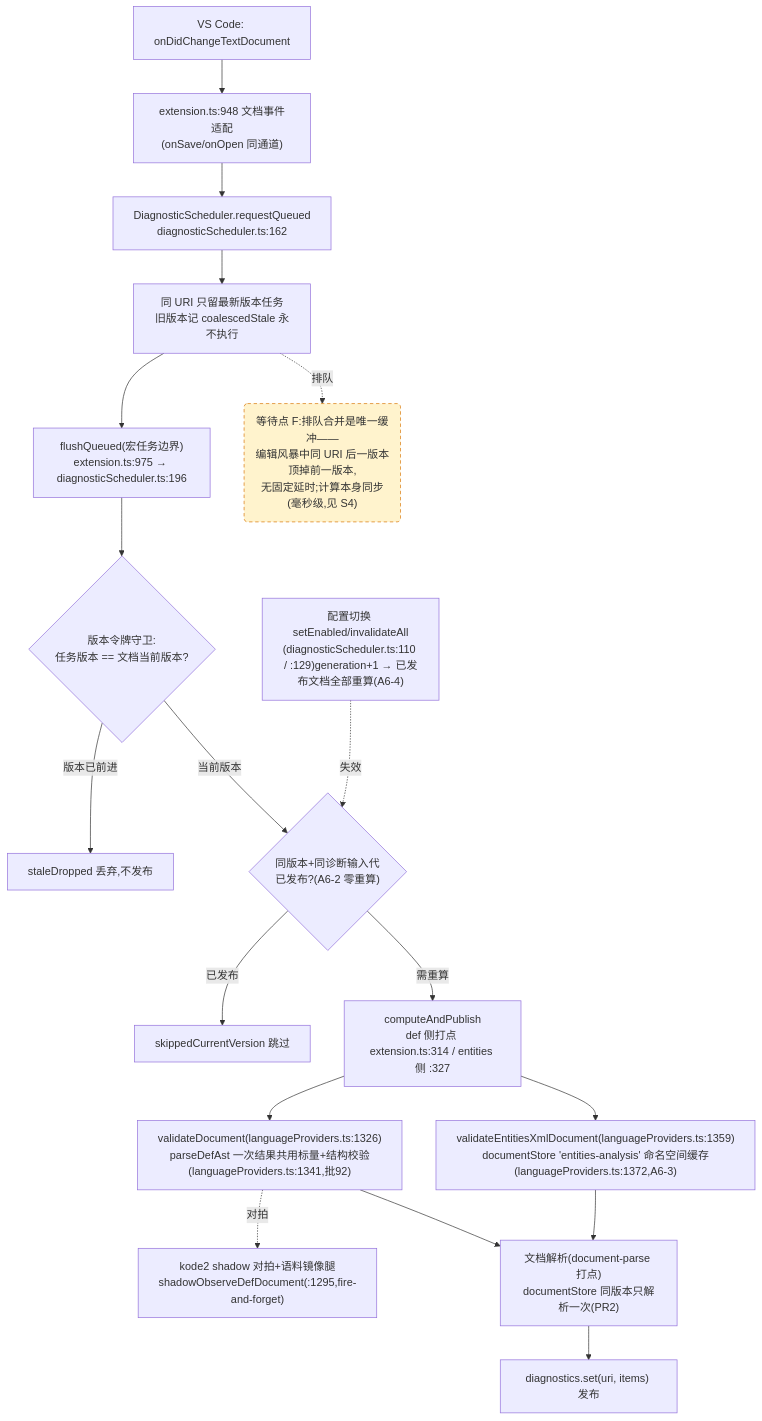
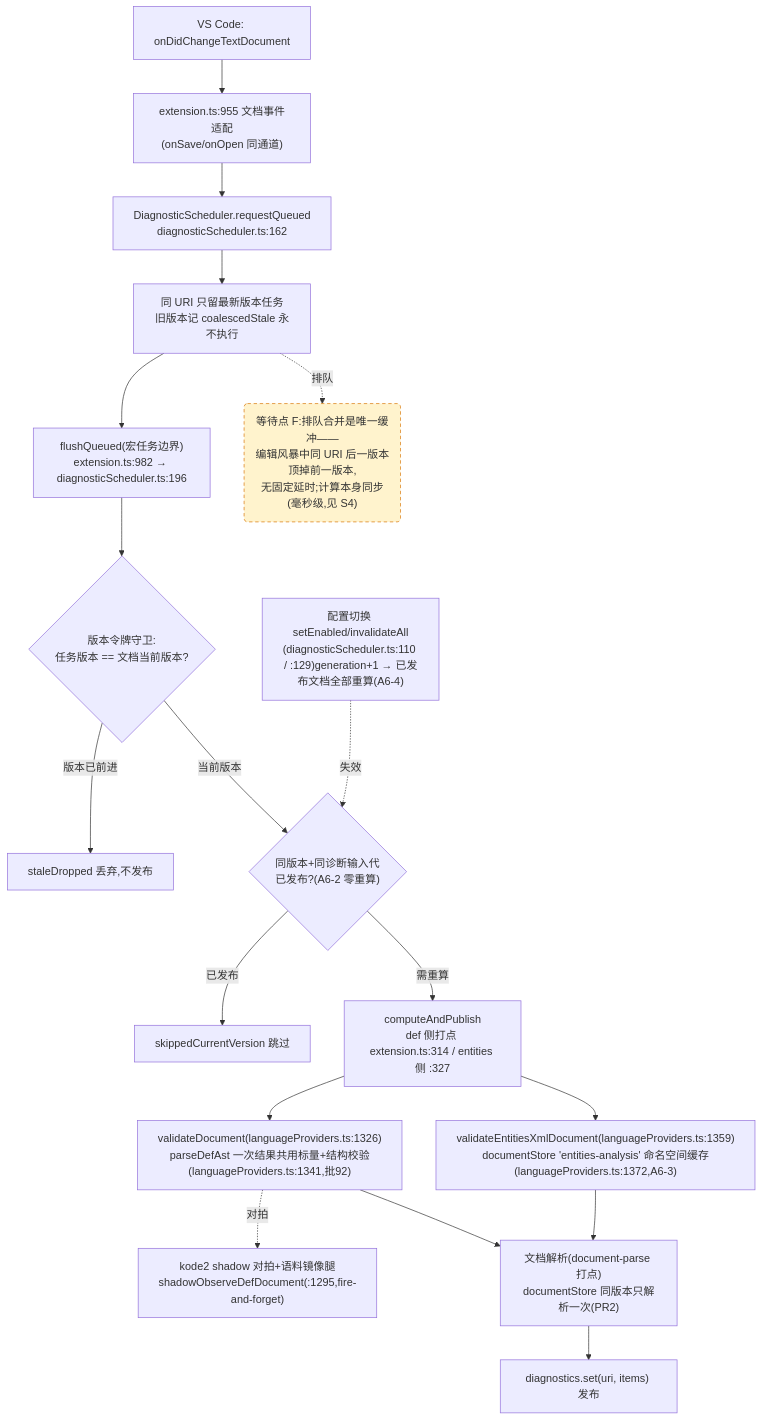
The fourth of 4 diagrams in docs/perf/2026-baseline.md (cuihairu/kode), drawn with Mermaid before and after one commit. The commit also changed other lines of this file and 5 other files, not shown here.

````diff
--- a/docs/perf/2026-baseline.md
+++ b/docs/perf/2026-baseline.md
@@ -214,38 +214,38 @@
 ```mermaid
 flowchart TD
   CHG["VS Code: onDidChangeTextDocument"]
-  WATCH["extension.ts:948 文档事件适配<br/>(onSave/onOpen 同通道)"]
+  WATCH["extension.ts:955 文档事件适配<br/>(onSave/onOpen 同通道)"]
   RQ["DiagnosticScheduler.requestQueued<br/>diagnosticScheduler.ts:162"]
   CO["同 URI 只留最新版本任务<br/>旧版本记 coalescedStale 永不执行"]
-  FL["flushQueued(宏任务边界)<br/>extension.ts:975 → diagnosticScheduler.ts:196"]
+  FL["flushQueued(宏任务边界)<br/>extension.ts:982 → diagnosticScheduler.ts:196"]
   VG{"版本令牌守卫:<br/>任务版本 == 文档当前版本?"}
   DROP["staleDropped 丢弃,不发布"]
   GEN{"同版本+同诊断输入代<br/>已发布?(A6-2 零重算)"}
   SKIP["skippedCurrentVersion 跳过"]
   CALC["computeAndPublish<br/>def 侧打点 extension.ts:314 / entities 侧 :327"]
   VD["validateDocument(languageProviders.ts:1326)<br/>parseDefAst 一次结果共用标量+结构校验(languageProviders.ts:1341,批92)"]
   VEX["validateEntitiesXmlDocument(languageProviders.ts:1359)<br/>documentStore 'entities-analysis' 命名空间缓存(languageProviders.ts:1372,A6-3)"]
   SHDD["kode2 shadow 对拍+语料镜像腿<br/>shadowObserveDefDocument(:1295,fire-and-forget)"]
   DS["文档解析(document-parse 打点)<br/>documentStore 同版本只解析一次(PR2)"]
   PUB["diagnostics.set(uri, items) 发布"]
   CFG2["配置切换 setEnabled/invalidateAll<br/>(diagnosticScheduler.ts:110 / :129)generation+1 → 已发布文档全部重算(A6-4)"]
 
   CHG --> WATCH --> RQ --> CO --> FL --> VG
   VG -- "版本已前进" --> DROP
   VG -- "当前版本" --> GEN
   GEN -- "已发布" --> SKIP
   GEN -- "需重算" --> CALC
   CALC --> VD
   CALC --> VEX
   VD --> DS
   VEX --> DS
   DS --> PUB
   VD -.->|对拍| SHDD
   CFG2 -.->|失效| GEN
 
   WAITF("等待点 F:排队合并是唯一缓冲——<br/>编辑风暴中同 URI 后一版本顶掉前一版本,<br/>无固定延时;计算本身同步(毫秒级,见 S4)")
   CO -.->|排队| WAITF
 
   classDef waitPoint fill:#fff3cd,stroke:#d97706,stroke-dasharray:5 4;
   class WAITF waitPoint;
 ```
````
